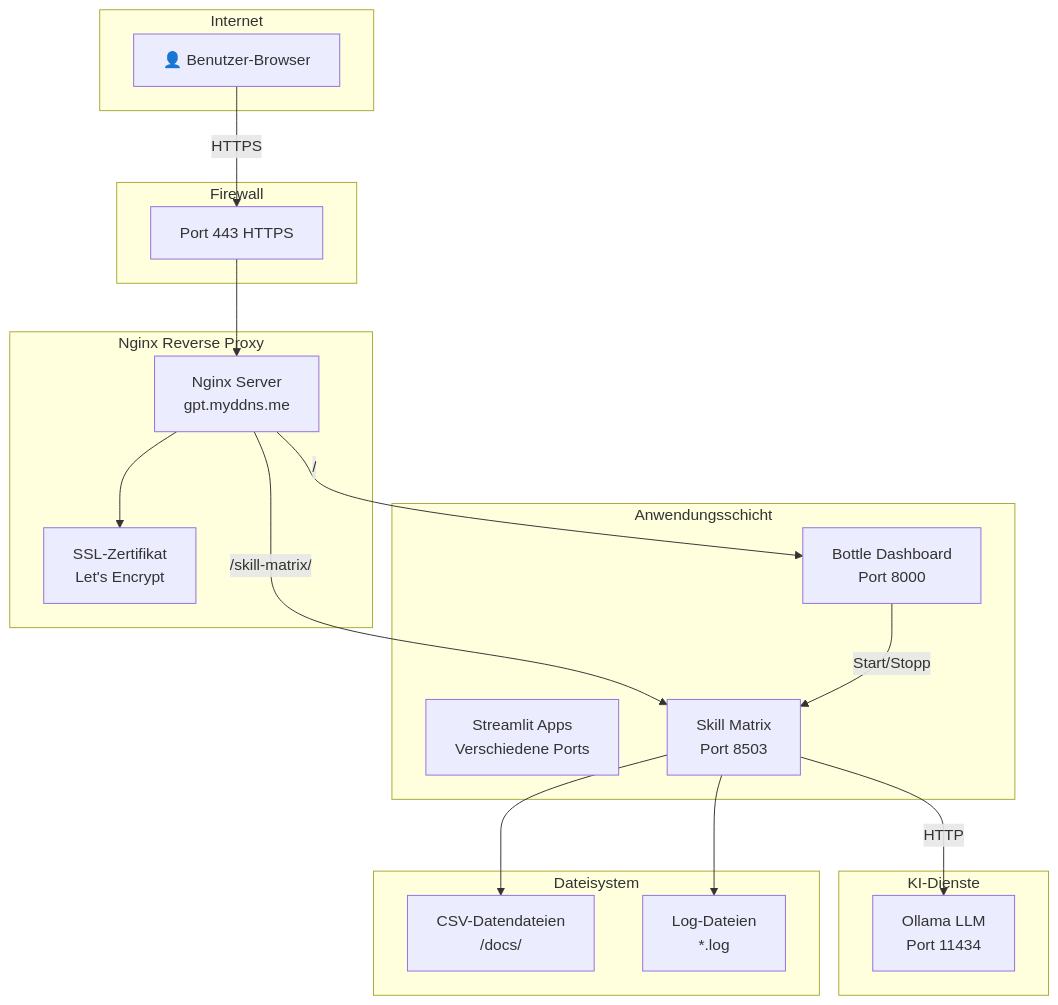
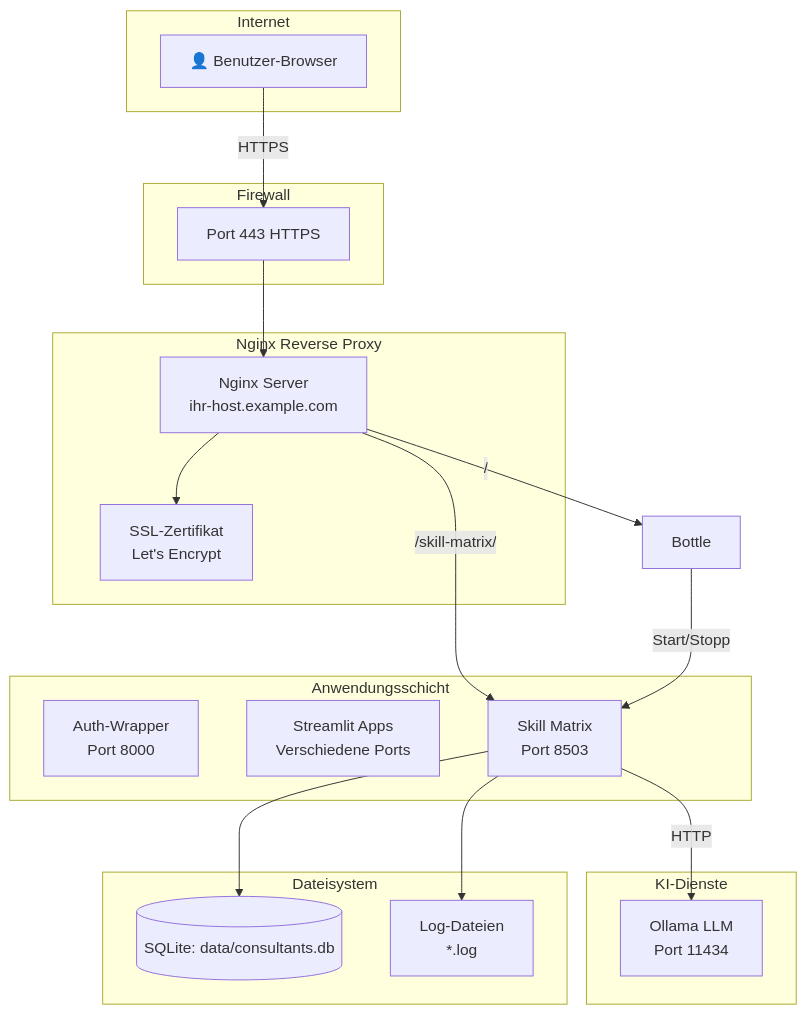
One commit to aicoreml/Skill-Matrix-Match-Simap-Tenders changed the ninth of 10 diagrams in FLOWCHART_DE.md. Above: the diagram before and after it, drawn with Mermaid. The commit also changed other lines of this file and 3 other files, not shown here.

````diff
--- a/FLOWCHART_DE.md
+++ b/FLOWCHART_DE.md
@@ -330,40 +328,40 @@
 ```mermaid
 graph TB
     subgraph "Internet"
         User[👤 Benutzer-Browser]
     end
     
     subgraph "Firewall"
         FW[Port 443 HTTPS]
     end
     
     subgraph "Nginx Reverse Proxy"
-        Nginx[Nginx Server<br/>gpt.myddns.me]
+        Nginx[Nginx Server<br/>ihr-host.example.com]
         SSL[SSL-Zertifikat<br/>Let's Encrypt]
     end
     
     subgraph "Anwendungsschicht"
-        Bottle[Bottle Dashboard<br/>Port 8000]
+        AuthWrapper[Auth-Wrapper<br/>Port 8000]
         Streamlit[Streamlit Apps<br/>Verschiedene Ports]
         SkillMatrix[Skill Matrix<br/>Port 8503]
     end
-    
+
     subgraph "KI-Dienste"
         Ollama[Ollama LLM<br/>Port 11434]
     end
-    
+
     subgraph "Dateisystem"
-        DataFiles[CSV-Datendateien<br/>/docs/]
+        DataFiles[(SQLite: data/consultants.db)]
         Logs[Log-Dateien<br/>*.log]
     end
     
     User -->|HTTPS| FW
     FW --> Nginx
     Nginx --> SSL
     Nginx -->|/| Bottle
     Nginx -->|/skill-matrix/| SkillMatrix
     SkillMatrix -->|HTTP| Ollama
     SkillMatrix --> DataFiles
     SkillMatrix --> Logs
     Bottle -->|Start/Stopp| SkillMatrix
 ```
````
